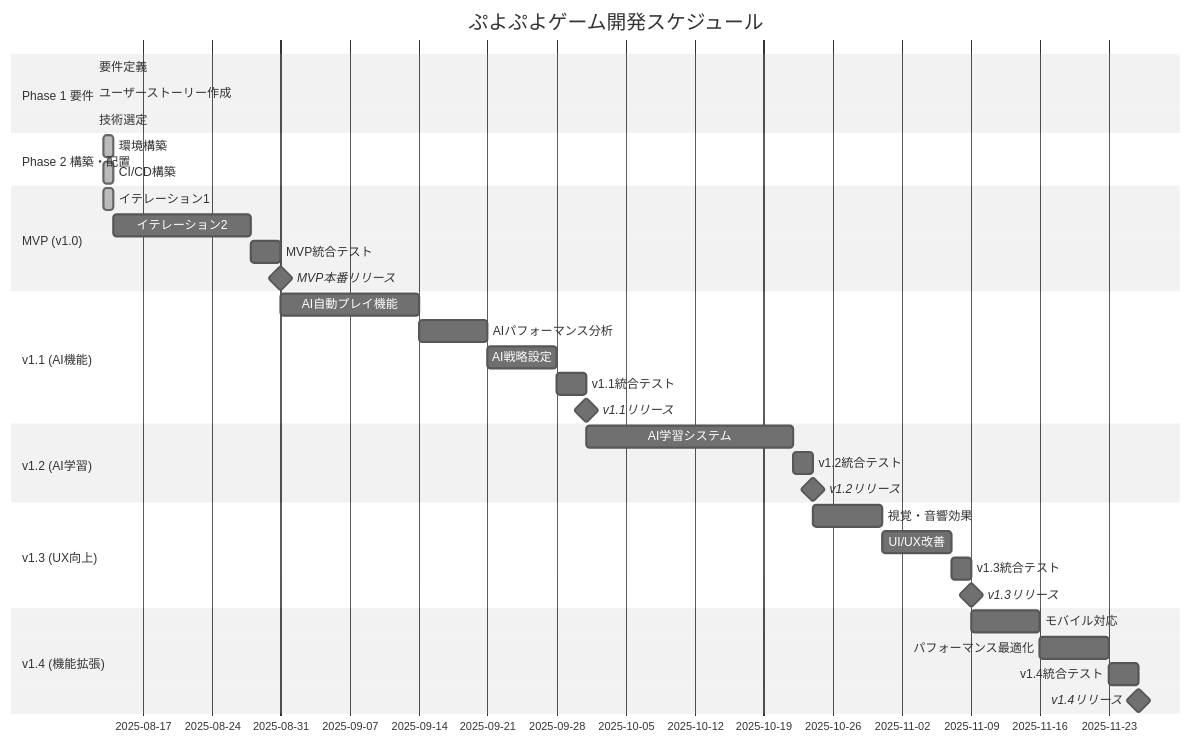
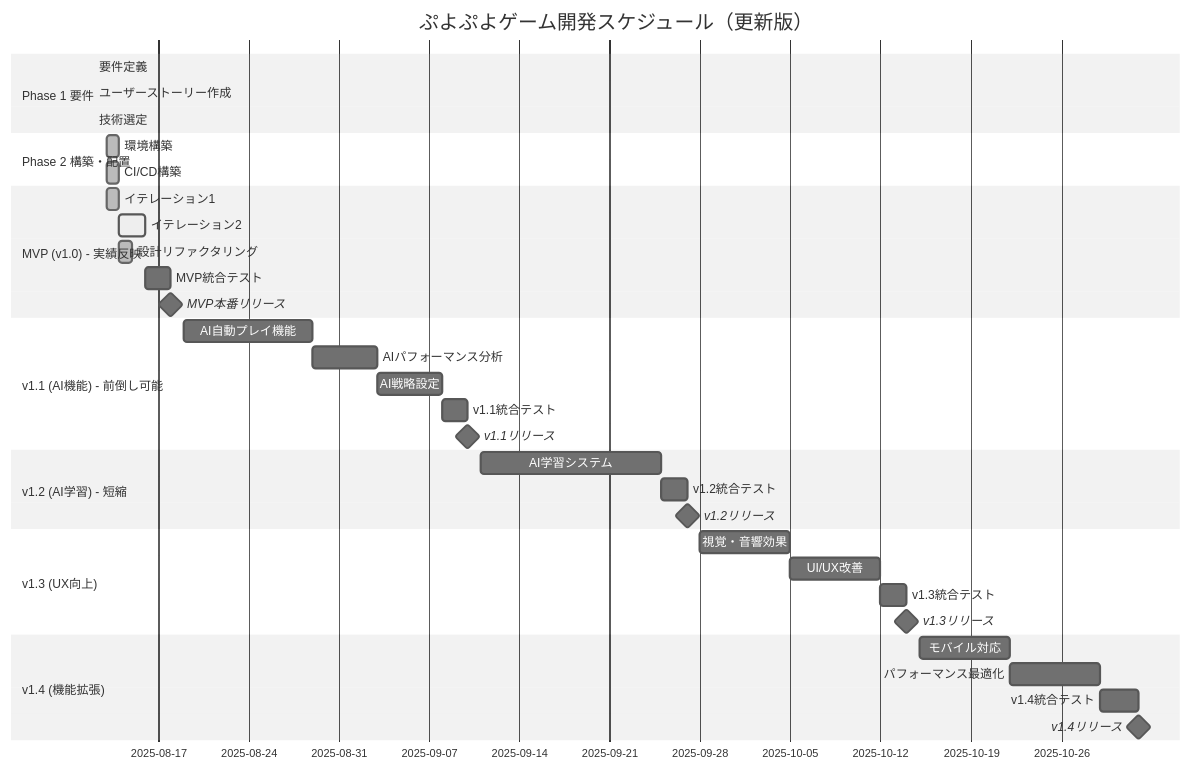
Before and after one commit to k2works/case-study-game-dev: the second of 8 diagrams in docs/requirements/リリース計画.md, drawn with Mermaid (neutral theme). The commit also changed other lines of this file, not shown here.

````diff
--- a/docs/requirements/リリース計画.md
+++ b/docs/requirements/リリース計画.md
@@ -182,43 +182,44 @@
 ```mermaid
 gantt
-    title ぷよぷよゲーム開発スケジュール
+    title ぷよぷよゲーム開発スケジュール（更新版）
     dateFormat  YYYY-MM-DD
     section Phase 1 要件
     要件定義           :done, req, 2025-08-12, 2025-08-12
     ユーザーストーリー作成 :done, us, 2025-08-12, 2025-08-12
     技術選定           :done, tech, 2025-08-12, 2025-08-12
     
     section Phase 2 構築・配置
     環境構築           :done, env, 2025-08-13, 1d
     CI/CD構築         :done, cicd, 2025-08-13, 1d
     
-    section MVP (v1.0)
+    section MVP (v1.0) - 実績反映
     イテレーション1     :done, iter1, 2025-08-13, 1d
-    イテレーション2     :iter2, 2025-08-14, 2w
-    MVP統合テスト      :mvp-test, after iter2, 3d
-    MVP本番リリース    :milestone, mvp-rel, after mvp-test, 0d
+    イテレーション2     :active, iter2, 2025-08-14, 2d
+    設計リファクタリング :done, refactor, 2025-08-14, 1d
+    MVP統合テスト      :mvp-test, 2025-08-16, 2d
+    MVP本番リリース    :milestone, mvp-rel, 2025-08-18, 0d
     
-    section v1.1 (AI機能)
-    AI自動プレイ機能   :v11-1, after mvp-rel, 2w
-    AIパフォーマンス分析 :v11-2, after v11-1, 1w
-    AI戦略設定        :v11-3, after v11-2, 1w
-    v1.1統合テスト     :v11-test, after v11-3, 3d
-    v1.1リリース      :milestone, v11-rel, after v11-test, 0d
+    section v1.1 (AI機能) - 前倒し可能
+    AI自動プレイ機能   :v11-1, 2025-08-19, 10d
+    AIパフォーマンス分析 :v11-2, 2025-08-29, 5d
+    AI戦略設定        :v11-3, 2025-09-03, 5d
+    v1.1統合テスト     :v11-test, 2025-09-08, 2d
+    v1.1リリース      :milestone, v11-rel, 2025-09-10, 0d
     
-    section v1.2 (AI学習)
-    AI学習システム     :v12-1, after v11-rel, 3w
-    v1.2統合テスト     :v12-test, after v12-1, 2d
-    v1.2リリース      :milestone, v12-rel, after v12-test, 0d
+    section v1.2 (AI学習) - 短縮
+    AI学習システム     :v12-1, 2025-09-11, 2w
+    v1.2統合テスト     :v12-test, 2025-09-25, 2d
+    v1.2リリース      :milestone, v12-rel, 2025-09-27, 0d
     
     section v1.3 (UX向上)
-    視覚・音響効果     :v13-1, after v12-rel, 1w
-    UI/UX改善         :v13-2, after v13-1, 1w
-    v1.3統合テスト     :v13-test, after v13-2, 2d
-    v1.3リリース      :milestone, v13-rel, after v13-test, 0d
+    視覚・音響効果     :v13-1, 2025-09-28, 1w
+    UI/UX改善         :v13-2, 2025-10-05, 1w
+    v1.3統合テスト     :v13-test, 2025-10-12, 2d
+    v1.3リリース      :milestone, v13-rel, 2025-10-14, 0d
     
     section v1.4 (機能拡張)
-    モバイル対応       :v14-1, after v13-rel, 1w
-    パフォーマンス最適化 :v14-2, after v14-1, 1w
-    v1.4統合テスト     :v14-test, after v14-2, 3d
-    v1.4リリース      :milestone, v14-rel, after v14-test, 0d
+    モバイル対応       :v14-1, 2025-10-15, 1w
+    パフォーマンス最適化 :v14-2, 2025-10-22, 1w
+    v1.4統合テスト     :v14-test, 2025-10-29, 3d
+    v1.4リリース      :milestone, v14-rel, 2025-11-01, 0d
 ```
````
